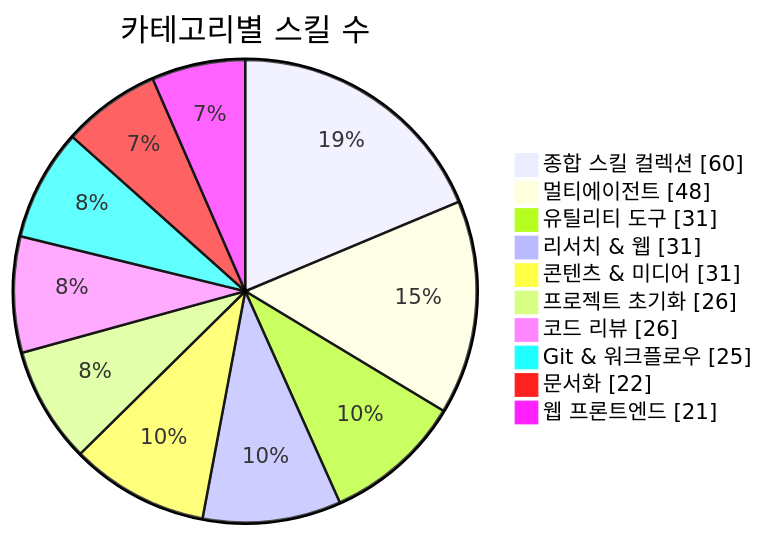
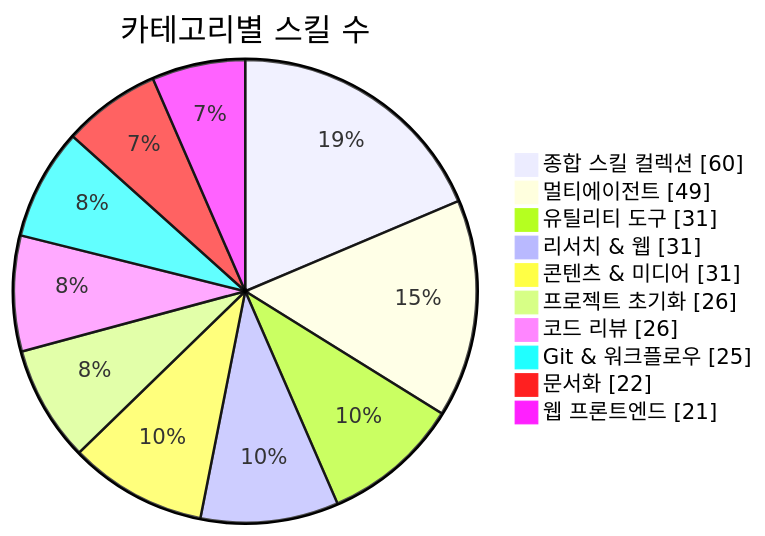
One commit to J-nowcow/awesome-korean-agent-skills changed the first of 3 diagrams in README.md. Above: the diagram before and after it, drawn with Mermaid. The commit also changed other lines of this file and 4 other files, not shown here.

````diff
--- a/README.md
+++ b/README.md
@@ -176,14 +176,14 @@
 ```mermaid
 pie showData
     title 카테고리별 스킬 수
     "종합 스킬 컬렉션" : 60
-    "멀티에이전트" : 48
+    "멀티에이전트" : 49
     "유틸리티 도구" : 31
     "리서치 & 웹" : 31
     "콘텐츠 & 미디어" : 31
     "프로젝트 초기화" : 26
     "코드 리뷰" : 26
     "Git & 워크플로우" : 25
     "문서화" : 22
     "웹 프론트엔드" : 21
 ```
````
